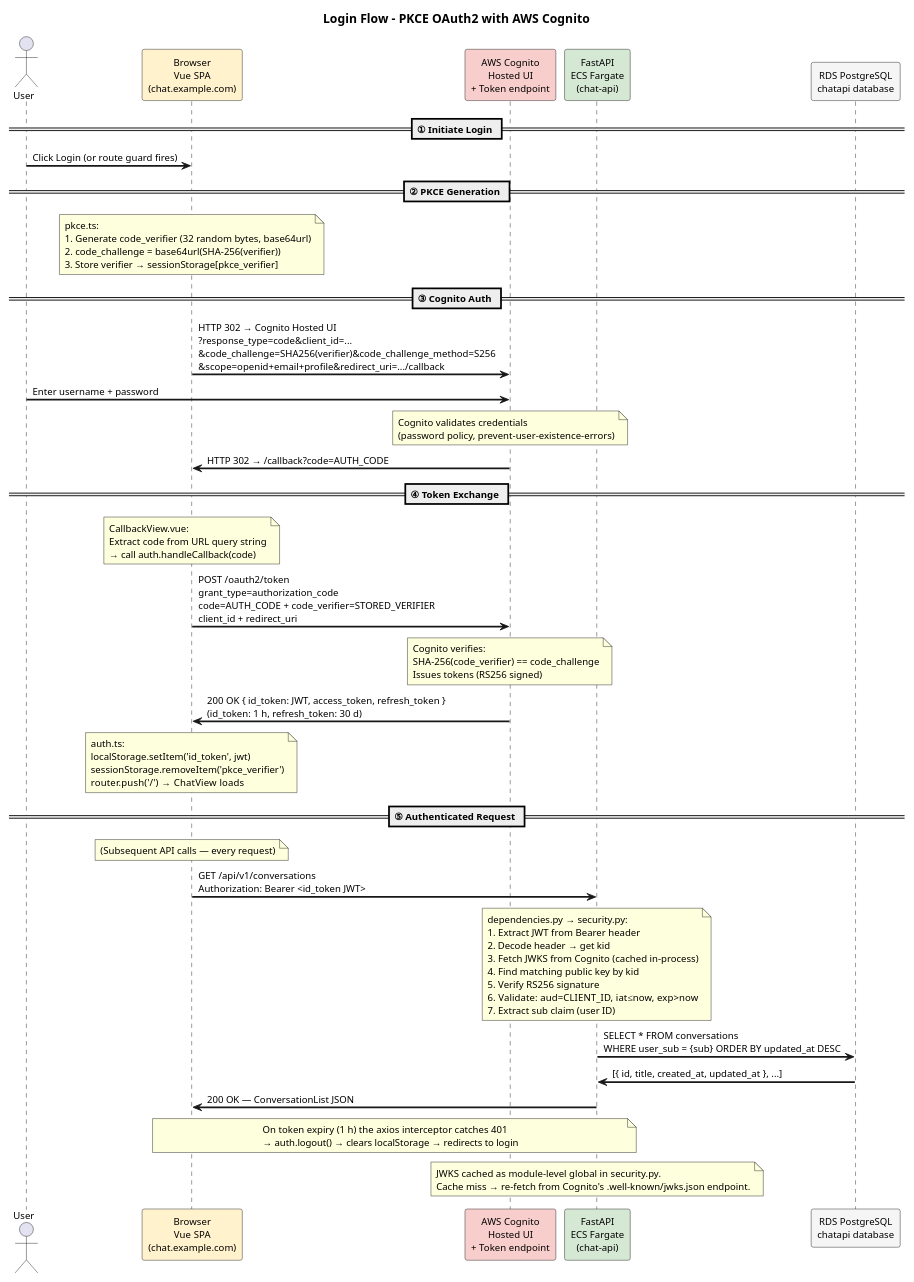
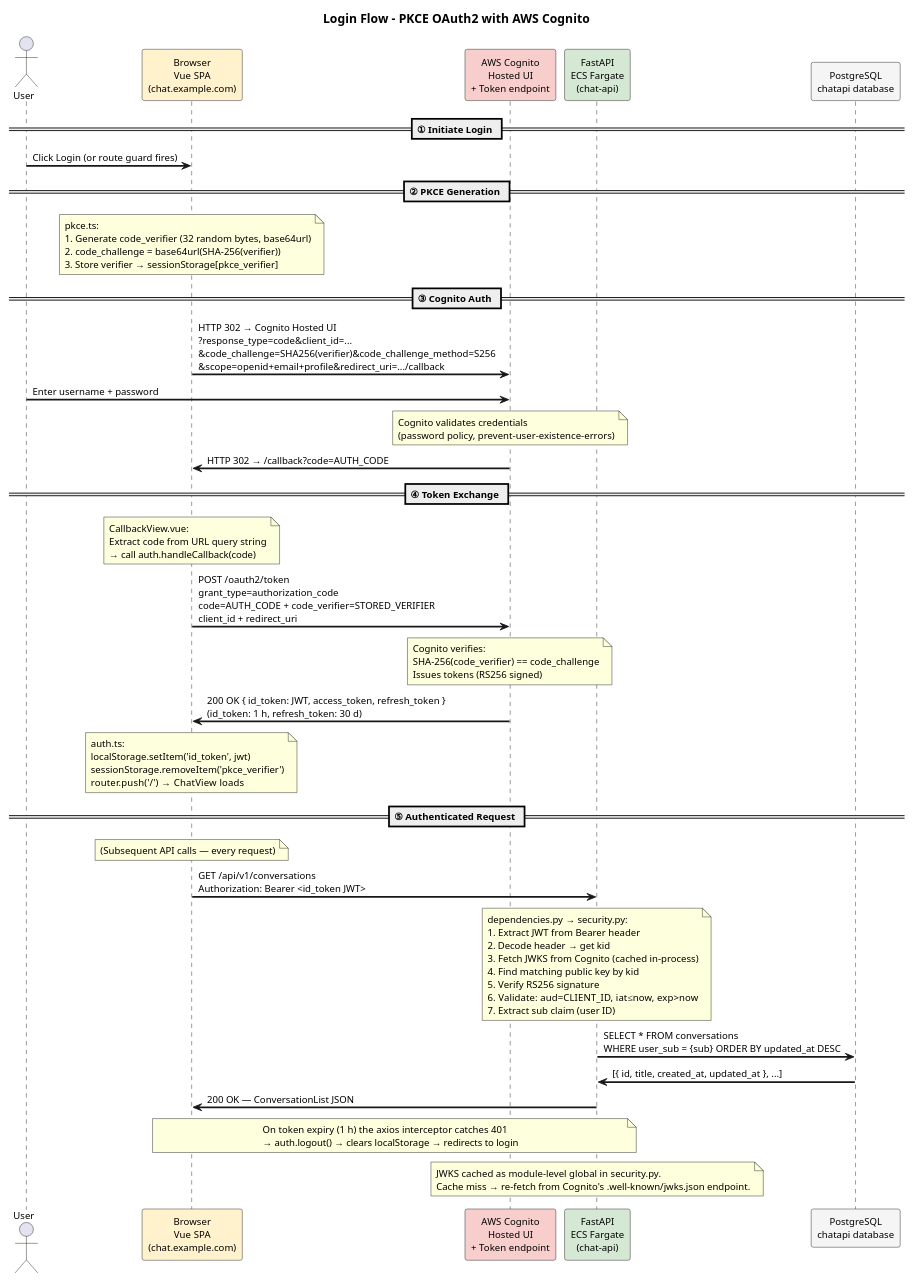
The diagram in docs/architecture/login-sequence.puml (peaslee-org/chat), drawn with PlantUML before and after one commit. The commit also changed 37 other files, not shown here.

```diff
--- a/docs/architecture/login-sequence.puml
+++ b/docs/architecture/login-sequence.puml
@@ -1,96 +1,96 @@
 @startuml login-sequence
 title Login Flow – PKCE OAuth2 with AWS Cognito
 
 skinparam defaultFontSize 11
 skinparam sequenceArrowThickness 2
 skinparam participantBorderRadius 6
 
 actor User
 participant "Browser\nVue SPA\n(chat.example.com)" as Vue #fff2cc
 participant "AWS Cognito\nHosted UI\n+ Token endpoint" as Cognito #f8cecc
 participant "FastAPI\nECS Fargate\n(chat-api)" as API #d5e8d4
-participant "RDS PostgreSQL\nchatapi database" as RDS #f5f5f5
+participant "PostgreSQL\nchatapi database" as RDS #f5f5f5
 
 == ① Initiate Login ==
 
 User -> Vue : Click Login (or route guard fires)
 
 == ② PKCE Generation ==
 
 note over Vue
   pkce.ts:
   1. Generate code_verifier (32 random bytes, base64url)
   2. code_challenge = base64url(SHA-256(verifier))
   3. Store verifier → sessionStorage[pkce_verifier]
 end note
 
 == ③ Cognito Auth ==
 
 Vue -> Cognito : HTTP 302 → Cognito Hosted UI\n?response_type=code&client_id=...\n&code_challenge=SHA256(verifier)&code_challenge_method=S256\n&scope=openid+email+profile&redirect_uri=.../callback
 
 User -> Cognito : Enter username + password
 
 note over Cognito
   Cognito validates credentials
   (password policy, prevent-user-existence-errors)
 end note
 
 Cognito -> Vue : HTTP 302 → /callback?code=AUTH_CODE
 
 == ④ Token Exchange ==
 
 note over Vue
   CallbackView.vue:
   Extract code from URL query string
   → call auth.handleCallback(code)
 end note
 
 Vue -> Cognito : POST /oauth2/token\ngrant_type=authorization_code\ncode=AUTH_CODE + code_verifier=STORED_VERIFIER\nclient_id + redirect_uri
 
 note over Cognito
   Cognito verifies:
   SHA-256(code_verifier) == code_challenge
   Issues tokens (RS256 signed)
 end note
 
 Cognito -> Vue : 200 OK { id_token: JWT, access_token, refresh_token }\n(id_token: 1 h, refresh_token: 30 d)
 
 note over Vue
   auth.ts:
   localStorage.setItem('id_token', jwt)
   sessionStorage.removeItem('pkce_verifier')
   router.push('/')  →  ChatView loads
 end note
 
 == ⑤ Authenticated Request ==
 
 note over Vue : (Subsequent API calls — every request)
 
 Vue -> API : GET /api/v1/conversations\nAuthorization: Bearer <id_token JWT>
 
 note over API
   dependencies.py → security.py:
   1. Extract JWT from Bearer header
   2. Decode header → get kid
   3. Fetch JWKS from Cognito (cached in-process)
   4. Find matching public key by kid
   5. Verify RS256 signature
   6. Validate: aud=CLIENT_ID, iat≤now, exp>now
   7. Extract sub claim (user ID)
 end note
 
 API -> RDS : SELECT * FROM conversations\nWHERE user_sub = {sub} ORDER BY updated_at DESC
 RDS -> API : [{ id, title, created_at, updated_at }, ...]
 API -> Vue : 200 OK — ConversationList JSON
 
 note over Vue, API
   On token expiry (1 h) the axios interceptor catches 401
   → auth.logout() → clears localStorage → redirects to login
 end note
 
 note over API
   JWKS cached as module-level global in security.py.
   Cache miss → re-fetch from Cognito's .well-known/jwks.json endpoint.
 end note
 
 @enduml
```
